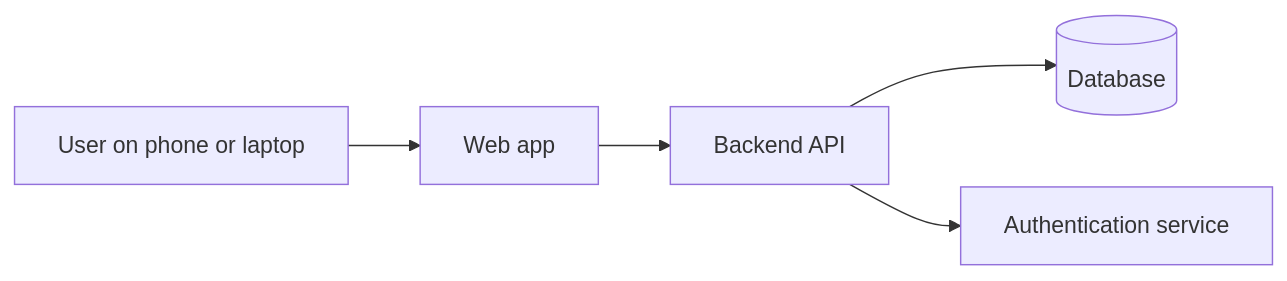
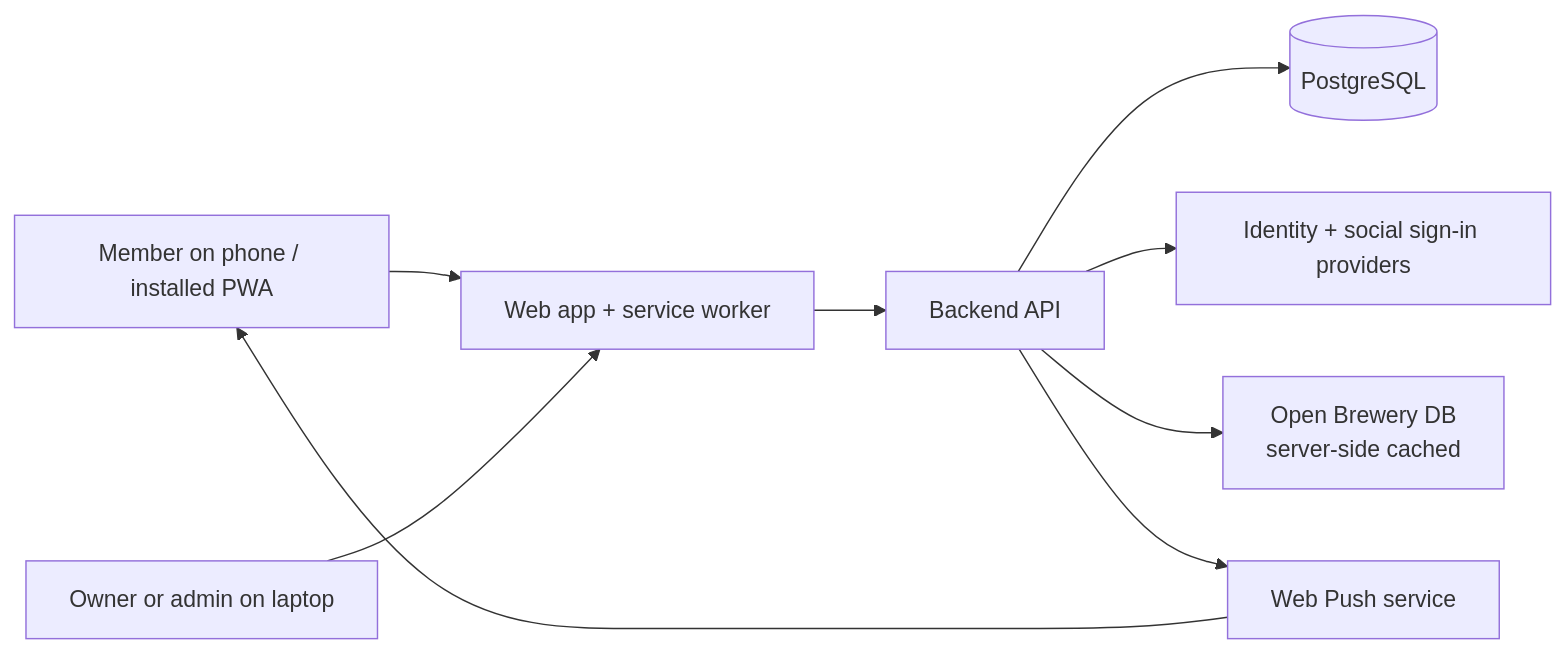
The sixth of 6 diagrams in PRODUCT_FLOW_DIAGRAM.md (pmconnolly80/FinalCapstone), drawn with Mermaid before and after one commit. The commit also changed other lines of this file and 10 other files, not shown here.

First line of the commit message:
docs: expand product plan — one-device PIN confirmation, push, social, My Beers, data sourcing

````diff
--- a/PRODUCT_FLOW_DIAGRAM.md
+++ b/PRODUCT_FLOW_DIAGRAM.md
@@ -57,7 +74,11 @@
 ```mermaid
 flowchart LR
-    U[User on phone or laptop] --> UI[Web app]
+    U[Member on phone / installed PWA] --> UI[Web app + service worker]
+    L[Owner or admin on laptop] --> UI
     UI --> API[Backend API]
-    API --> DB[(Database)]
-    API --> AUTH[Authentication service]
+    API --> DB[(PostgreSQL)]
+    API --> AUTH[Identity + social sign-in providers]
+    API --> OBDB[Open Brewery DB<br/>server-side cached]
+    API --> PUSH[Web Push service]
+    PUSH --> U
 ```
````
